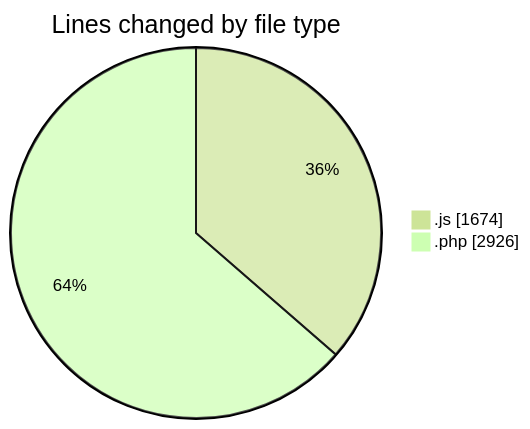
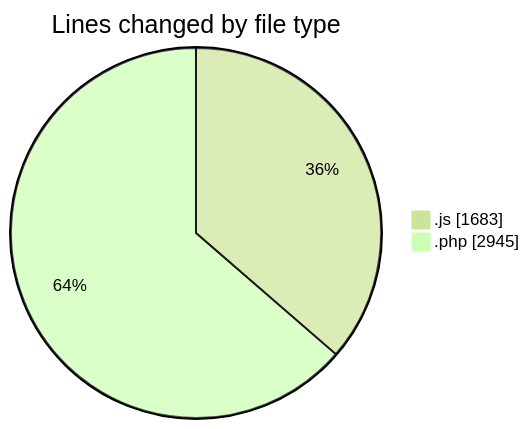
One commit to debugP/code-tracking changed the first of 2 diagrams in 2026-10-21/untitled__workspace_/README.md. Above: the diagram before and after it, drawn with Mermaid (forest theme). The commit also changed other lines of this file and 1 other file, not shown here.

````diff
--- a/2026-10-21/untitled__workspace_/README.md
+++ b/2026-10-21/untitled__workspace_/README.md
@@ -21,6 +21,6 @@
 ```mermaid
 pie showData
 title Lines changed by file type
-".js" : 1674
-".php" : 2926
+".js" : 1683
+".php" : 2945
 ```
````
